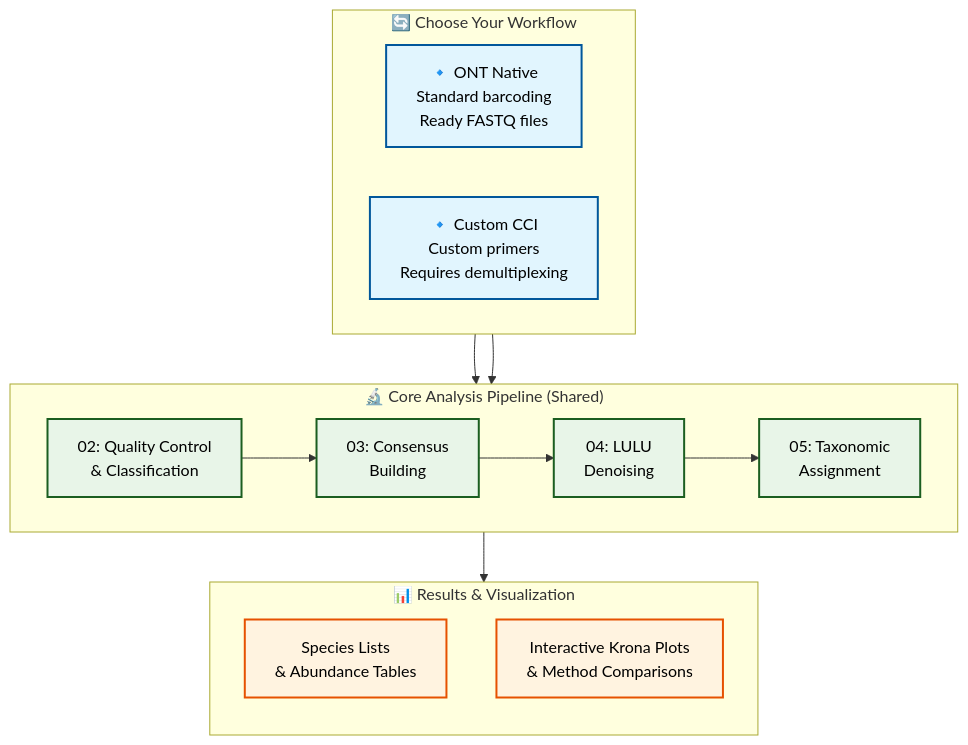
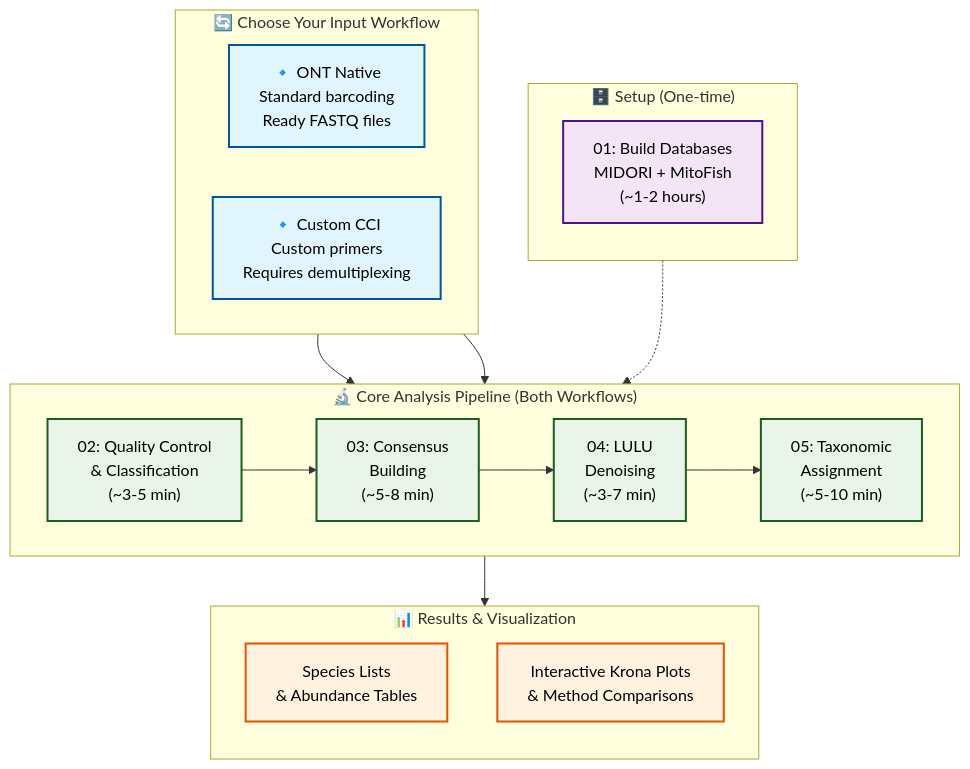
Before and after one commit to piedna/DeCodeDNA: the first of 2 diagrams in README.md, drawn with Mermaid. The commit also changed other lines of this file and 2 other files, not shown here.

````diff
--- a/README.md
+++ b/README.md
@@ -128,41 +25,50 @@
 ```mermaid
 flowchart TB
   %% Define styling for different stages
   classDef workflow fill:#e1f5fe,stroke:#01579b,stroke-width:2px,color:#000
+  classDef prep fill:#f3e5f5,stroke:#4a148c,stroke-width:2px,color:#000
   classDef analysis fill:#e8f5e8,stroke:#1b5e20,stroke-width:2px,color:#000
   classDef results fill:#fff3e0,stroke:#e65100,stroke-width:2px,color:#000
 
-  %% Two workflows
-  subgraph workflows ["🔄 Choose Your Workflow"]
+  %% Data preparation
+  subgraph prep ["🗄️ Setup (One-time)"]
+    direction TB
+    DB["01: Build Databases<br/>MIDORI + MitoFish<br/>(~1-2 hours)"]
+  end
+
+  %% Two workflow inputs
+  subgraph workflows ["🔄 Choose Your Input Workflow"]
     direction LR
     A["🔹 ONT Native<br/>Standard barcoding<br/>Ready FASTQ files"]
     B["🔹 Custom CCI<br/>Custom primers<br/>Requires demultiplexing"]
   end
 
   %% Core analysis pipeline (shared)
-  subgraph analysis ["🔬 Core Analysis Pipeline (Shared)"]
+  subgraph analysis ["🔬 Core Analysis Pipeline (Both Workflows)"]
     direction LR
-    E["02: Quality Control<br/>& Classification"]
-    F["03: Consensus<br/>Building"]
-    G["04: LULU<br/>Denoising"]
-    H["05: Taxonomic<br/>Assignment"]
+    E["02: Quality Control<br/>& Classification<br/>(~3-5 min)"]
+    F["03: Consensus<br/>Building<br/>(~5-8 min)"]
+    G["04: LULU<br/>Denoising<br/>(~3-7 min)"]
+    H["05: Taxonomic<br/>Assignment<br/>(~5-10 min)"]
     E --> F --> G --> H
   end
 
   %% Results
   subgraph results ["📊 Results & Visualization"]
     direction TB
     I["Species Lists<br/>& Abundance Tables"]
     J["Interactive Krona Plots<br/>& Method Comparisons"]
   end
 
   %% Connect workflows
+  DB -.-> analysis
   A --> analysis
   B --> analysis
   analysis --> results
 
   %% Apply styling
   class A,B workflow
+  class DB prep
   class E,F,G,H analysis
   class I,J results
 ```
````
